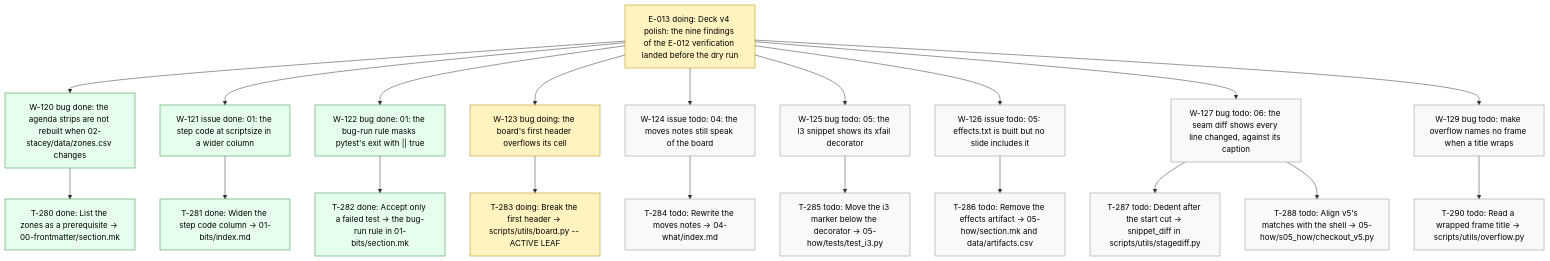
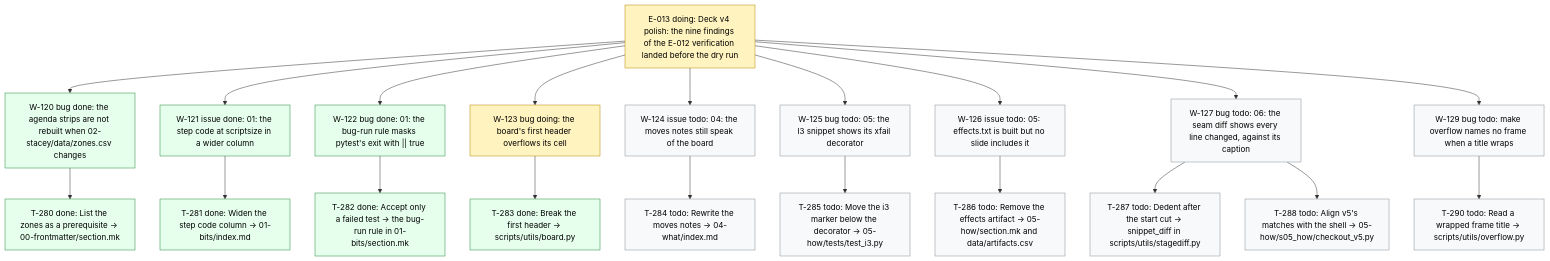
One commit to dpopchev/chaos-to-simple changed the diagram in .board/BOARD.md. Above: the diagram before and after it, drawn with Mermaid. The commit also changed other lines of this file and 1 other file, not shown here.

Commit message:
chore(board): close T-283 -- W-123 ready to land
Refs: W-123 T-283

````diff
--- a/.board/BOARD.md
+++ b/.board/BOARD.md
@@ -729,31 +729,31 @@
 ```mermaid
 flowchart TD
   E013["E-013 doing: Deck v4 polish: the nine findings of the E-012 verification landed before the dry run"]
   E013 --> W120["W-120 bug done: the agenda strips are not rebuilt when 02-stacey/data/zones.csv changes"]
   W120 --> T280["T-280 done: List the zones as a prerequisite -> 00-frontmatter/section.mk"]
   E013 --> W121["W-121 issue done: 01: the step code at scriptsize in a wider column"]
   W121 --> T281["T-281 done: Widen the step code column -> 01-bits/index.md"]
   E013 --> W122["W-122 bug done: 01: the bug-run rule masks pytest's exit with || true"]
   W122 --> T282["T-282 done: Accept only a failed test -> the bug-run rule in 01-bits/section.mk"]
   E013 --> W123["W-123 bug doing: the board's first header overflows its cell"]
-  W123 --> T283["T-283 doing: Break the first header -> scripts/utils/board.py -- ACTIVE LEAF"]
+  W123 --> T283["T-283 done: Break the first header -> scripts/utils/board.py"]
   E013 --> W124["W-124 issue todo: 04: the moves notes still speak of the board"]
   W124 --> T284["T-284 todo: Rewrite the moves notes -> 04-what/index.md"]
   E013 --> W125["W-125 bug todo: 05: the I3 snippet shows its xfail decorator"]
   W125 --> T285["T-285 todo: Move the i3 marker below the decorator -> 05-how/tests/test_i3.py"]
   E013 --> W126["W-126 issue todo: 05: effects.txt is built but no slide includes it"]
   W126 --> T286["T-286 todo: Remove the effects artifact -> 05-how/section.mk and data/artifacts.csv"]
   E013 --> W127["W-127 bug todo: 06: the seam diff shows every line changed, against its caption"]
   W127 --> T287["T-287 todo: Dedent after the start cut -> snippet_diff in scripts/utils/stagediff.py"]
   W127 --> T288["T-288 todo: Align v5's matches with the shell -> 05-how/s05_how/checkout_v5.py"]
   E013 --> W129["W-129 bug todo: make overflow names no frame when a title wraps"]
   W129 --> T290["T-290 todo: Read a wrapped frame title -> scripts/utils/overflow.py"]
   classDef doing fill:#fff3bf,stroke:#b58900,color:#000;
   classDef blocked fill:#ffe3e3,stroke:#c92a2a,color:#000;
   classDef done fill:#e6ffed,stroke:#2b8a3e,color:#000;
   classDef todo fill:#f8f9fa,stroke:#868e96,color:#000;
   classDef pruned fill:#f1f3f5,stroke:#adb5bd,color:#000;
-  class E013,W123,T283 doing
-  class W120,T280,W121,T281,W122,T282 done
+  class E013,W123 doing
+  class W120,T280,W121,T281,W122,T282,T283 done
   class W124,T284,W125,T285,W126,T286,W127,T287,T288,W129,T290 todo
 ```
````
